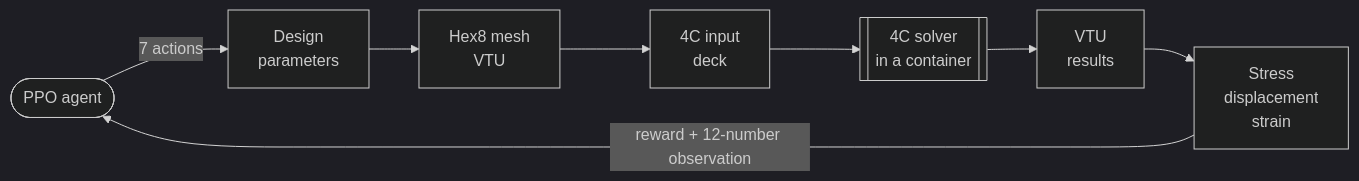
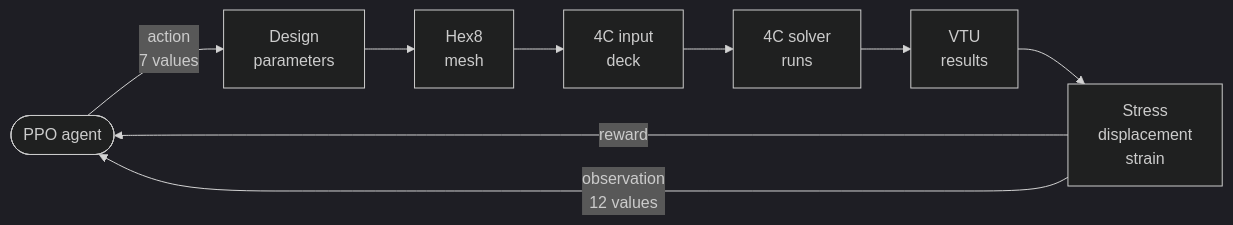
The diagram in README.md (srtgn/AutoStent), drawn with Mermaid (dark theme) before and after one commit.

Commit message:
Tidy docs for public release; readable loop section; local backend default; figures

````diff
--- a/README.md
+++ b/README.md
@@ -16,10 +16,11 @@
 ```mermaid
 flowchart LR
-    A([PPO agent]) -->|7 actions| B[Design<br/>parameters]
-    B --> C[Hex8 mesh<br/>VTU]
+    A([PPO agent]) -->|action<br/>7 values| B[Design<br/>parameters]
+    B --> C[Hex8<br/>mesh]
     C --> D[4C input<br/>deck]
-    D --> E[[4C solver<br/>in a container]]
+    D --> E[4C solver<br/>runs]
     E --> F[VTU<br/>results]
     F --> G[Stress<br/>displacement<br/>strain]
-    G -->|reward + 12-number observation| A
+    G -->|reward| A
+    G -->|observation<br/>12 values| A
 ```
````
